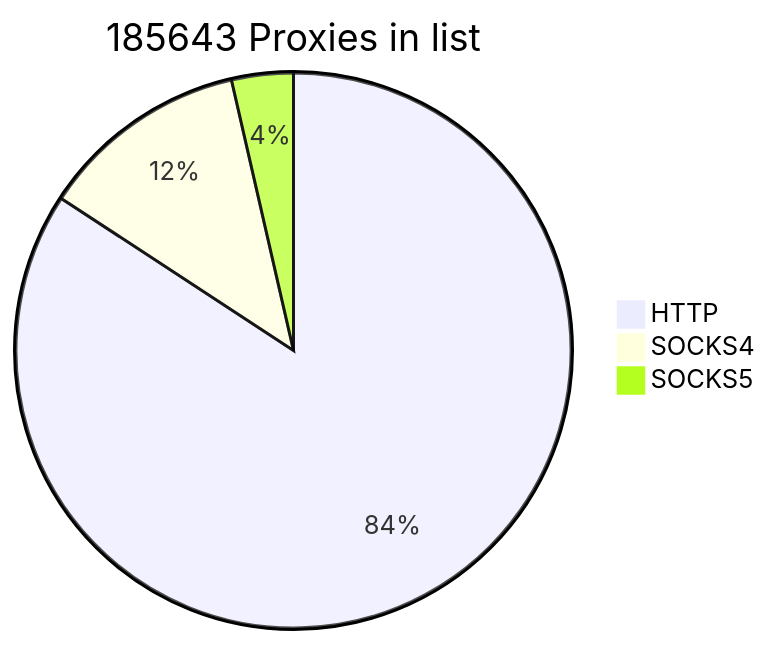
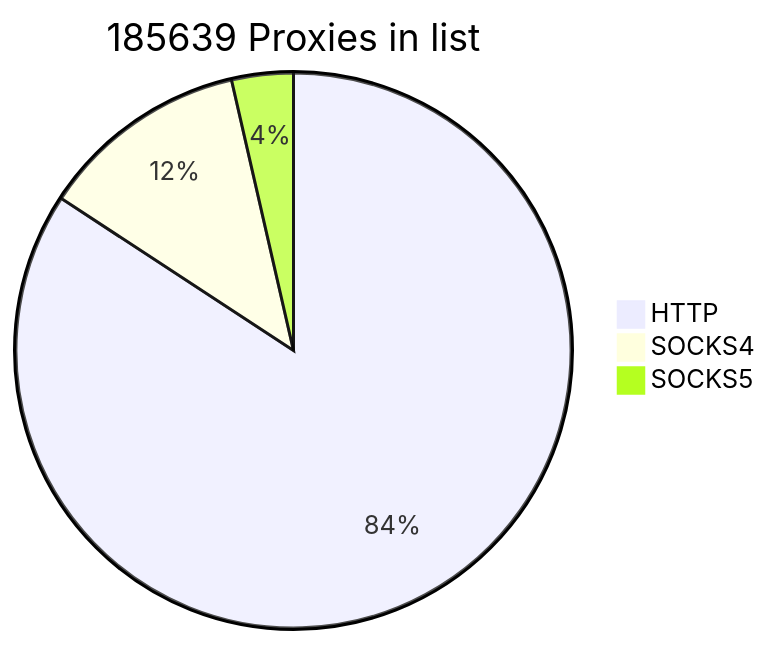
Before and after one commit to cutipu/proxylist: the first of 2 diagrams in README.md, drawn with Mermaid. The commit also changed other lines of this file, not shown here.

````diff
--- a/README.md
+++ b/README.md
@@ -2,7 +2,7 @@
 ```mermaid
-pie title 185643 Proxies in list
-    "HTTP" : 156363
+pie title 185639 Proxies in list
+    "HTTP" : 156364
     "SOCKS4" : 22621
-    "SOCKS5" : 6659
+    "SOCKS5" : 6654
             
 ```
````
